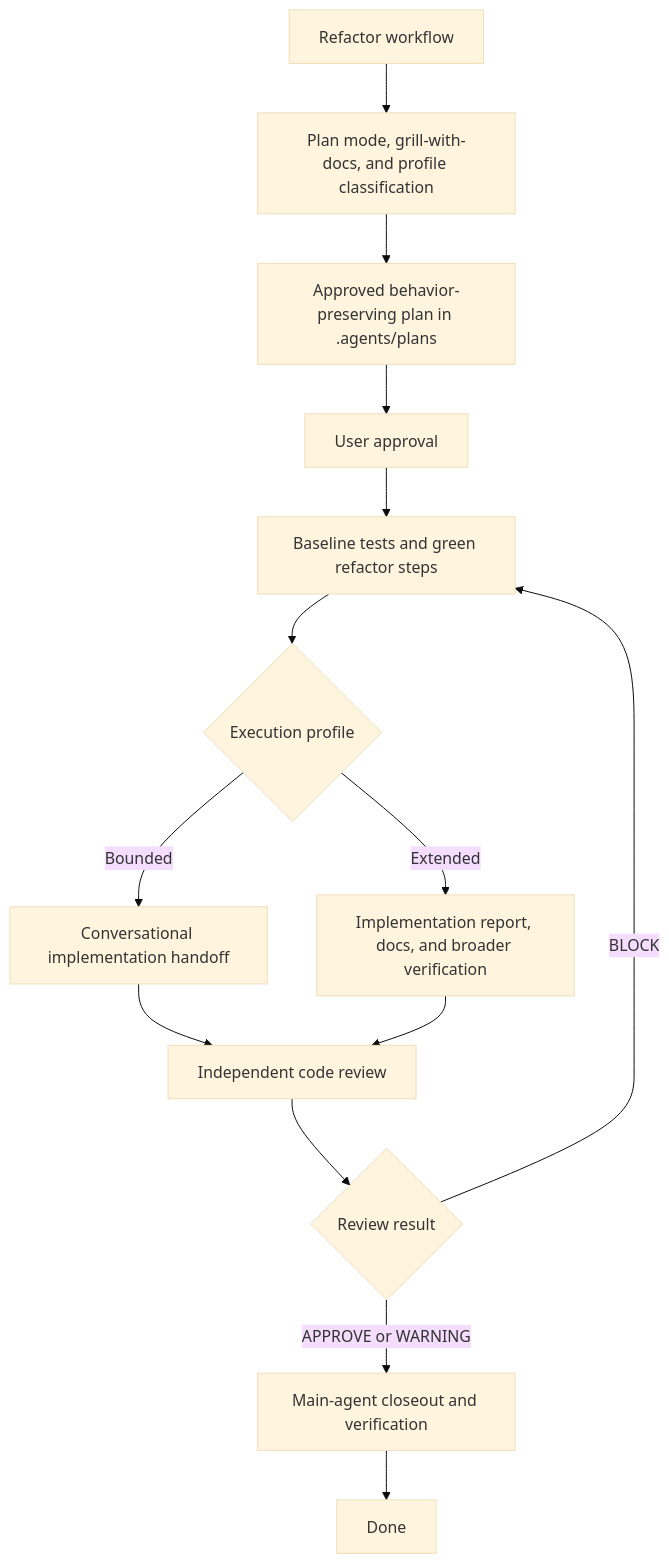
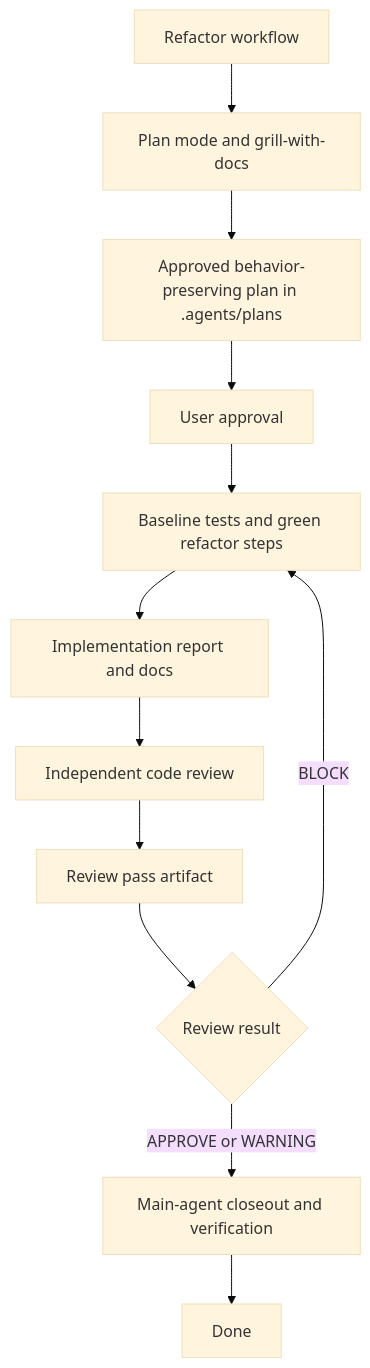
Before and after one commit to aloilor/lean-coding-agent: the third of 4 diagrams in README.md, drawn with Mermaid (base theme). The commit also changed other lines of this file and 14 other files, not shown here.

````diff
--- a/README.md
+++ b/README.md
@@ -82,16 +80,14 @@
 ```mermaid
 flowchart TD
-    A[Refactor workflow] --> B[Plan mode, grill-with-docs, and profile classification]
+    A[Refactor workflow] --> B[Plan mode and grill-with-docs]
     B --> C[Approved behavior-preserving plan in .agents/plans]
     C --> D[User approval]
     D --> E[Baseline tests and green refactor steps]
-    E --> F{Execution profile}
-    F -->|Bounded| G[Conversational implementation handoff]
-    F -->|Extended| H[Implementation report, docs, and broader verification]
-    G --> I[Independent code review]
-    H --> I
-    I --> J{Review result}
-    J -->|BLOCK| E
-    J -->|APPROVE or WARNING| K[Main-agent closeout and verification]
-    K --> L[Done]
+    E --> F[Implementation report and docs]
+    F --> G[Independent code review]
+    G --> H[Review pass artifact]
+    H --> I{Review result}
+    I -->|BLOCK| E
+    I -->|APPROVE or WARNING| J[Main-agent closeout and verification]
+    J --> K[Done]
 ```
````
